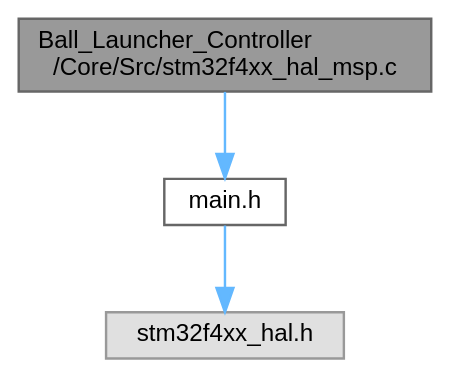
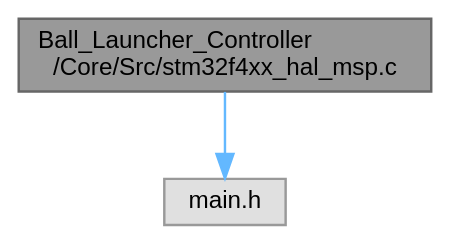
The diagram in docs/stm32f4xx__hal__msp_8c__incl.dot (vvinhvvo98/Basketball-Launcher), drawn with Graphviz before and after one commit. The commit also changed 119 other files, not shown here.

```diff
--- a/docs/stm32f4xx__hal__msp_8c__incl.dot
+++ b/docs/stm32f4xx__hal__msp_8c__incl.dot
@@ -1,12 +1,10 @@
 digraph "Ball_Launcher_Controller/Core/Src/stm32f4xx_hal_msp.c"
 {
  // LATEX_PDF_SIZE
   bgcolor="transparent";
   edge [fontname=Helvetica,fontsize=10,labelfontname=Helvetica,labelfontsize=10];
   node [fontname=Helvetica,fontsize=10,shape=box,height=0.2,width=0.4];
   Node1 [id="Node000001",label="Ball_Launcher_Controller\l/Core/Src/stm32f4xx_hal_msp.c",height=0.2,width=0.4,color="gray40", fillcolor="grey60", style="filled", fontcolor="black",tooltip="This file provides code for the MSP Initialization and de-Initialization codes."];
   Node1 -> Node2 [id="edge1_Node000001_Node000002",color="steelblue1",style="solid",tooltip=" "];
-  Node2 [id="Node000002",label="main.h",height=0.2,width=0.4,color="grey40", fillcolor="white", style="filled",URL="$main_8h.html",tooltip="Header for main.c file. This file contains the common defines of the application."];
-  Node2 -> Node3 [id="edge2_Node000002_Node000003",color="steelblue1",style="solid",tooltip=" "];
-  Node3 [id="Node000003",label="stm32f4xx_hal.h",height=0.2,width=0.4,color="grey60", fillcolor="#E0E0E0", style="filled",tooltip=" "];
+  Node2 [id="Node000002",label="main.h",height=0.2,width=0.4,color="grey60", fillcolor="#E0E0E0", style="filled",tooltip=" "];
 }
```
